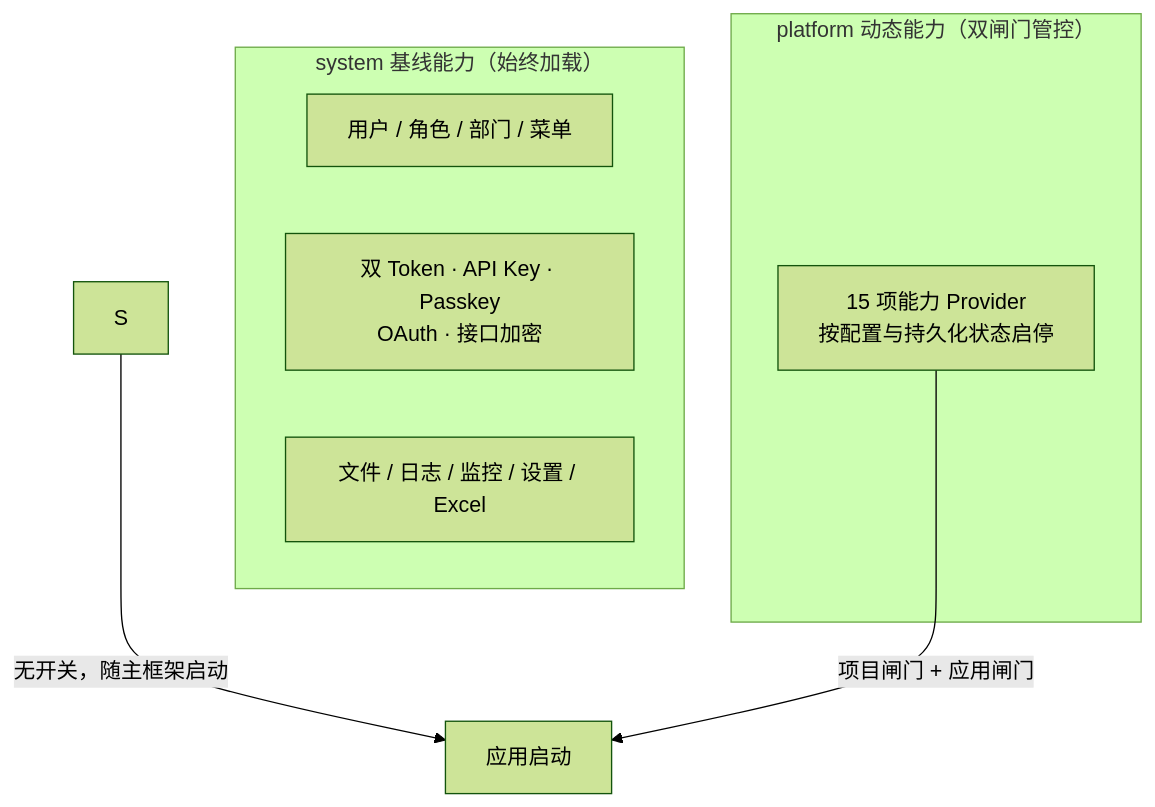
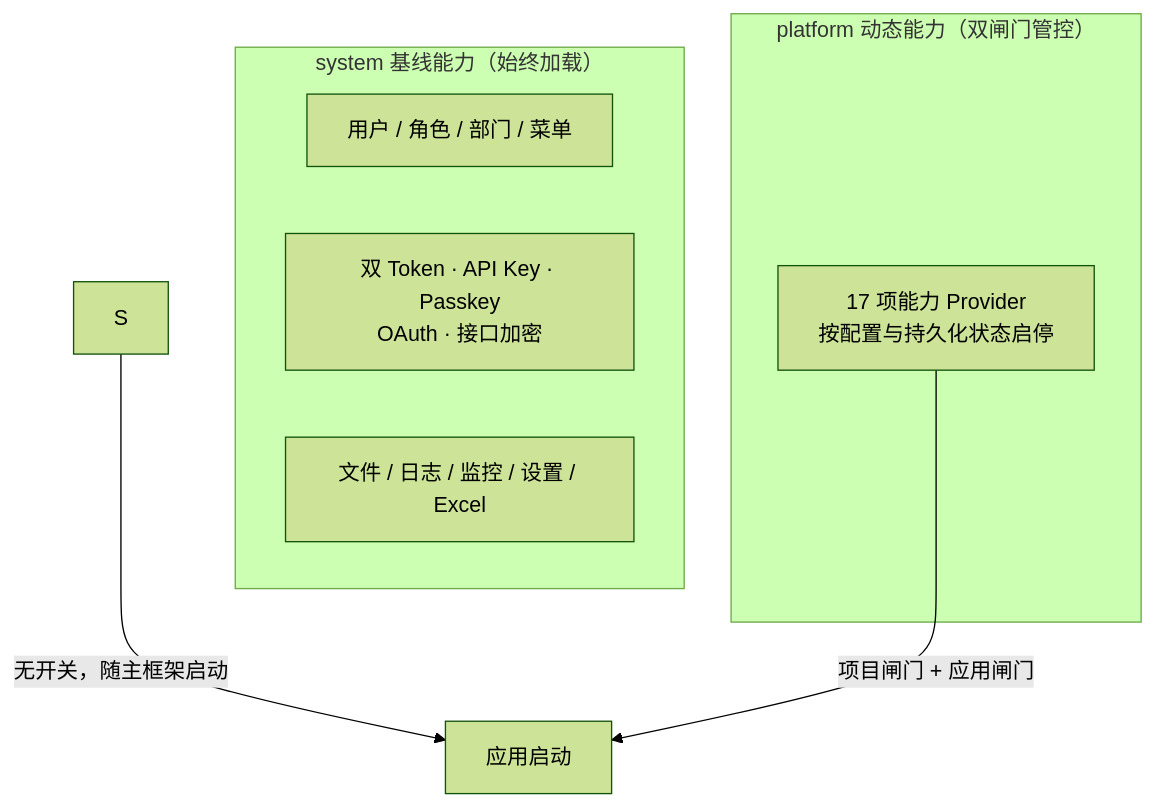
The diagram in yd-docs/docs/features/index.md (mcyudream/YuDream-Admin), drawn with Mermaid (forest theme) before and after one commit. The commit also changed other lines of this file and 65 other files, not shown here.

First line of the commit message:
feat: 发布 SDK 1.5.0 缩略图出口并完善官方 QQ 与文档站

````diff
--- a/yd-docs/docs/features/index.md
+++ b/yd-docs/docs/features/index.md
@@ -29,13 +31,13 @@
 ```mermaid
 flowchart TB
     subgraph System["system 基线能力（始终加载）"]
         S1["用户 / 角色 / 部门 / 菜单"]
         S2["双 Token · API Key · Passkey<br/>OAuth · 接口加密"]
         S3["文件 / 日志 / 监控 / 设置 / Excel"]
     end
     subgraph Platform["platform 动态能力（双闸门管控）"]
-        P["15 项能力 Provider<br/>按配置与持久化状态启停"]
+        P["17 项能力 Provider<br/>按配置与持久化状态启停"]
     end
     S -->|"无开关，随主框架启动"| Boot[应用启动]
     P -->|"项目闸门 + 应用闸门"| Boot
 ```
````
